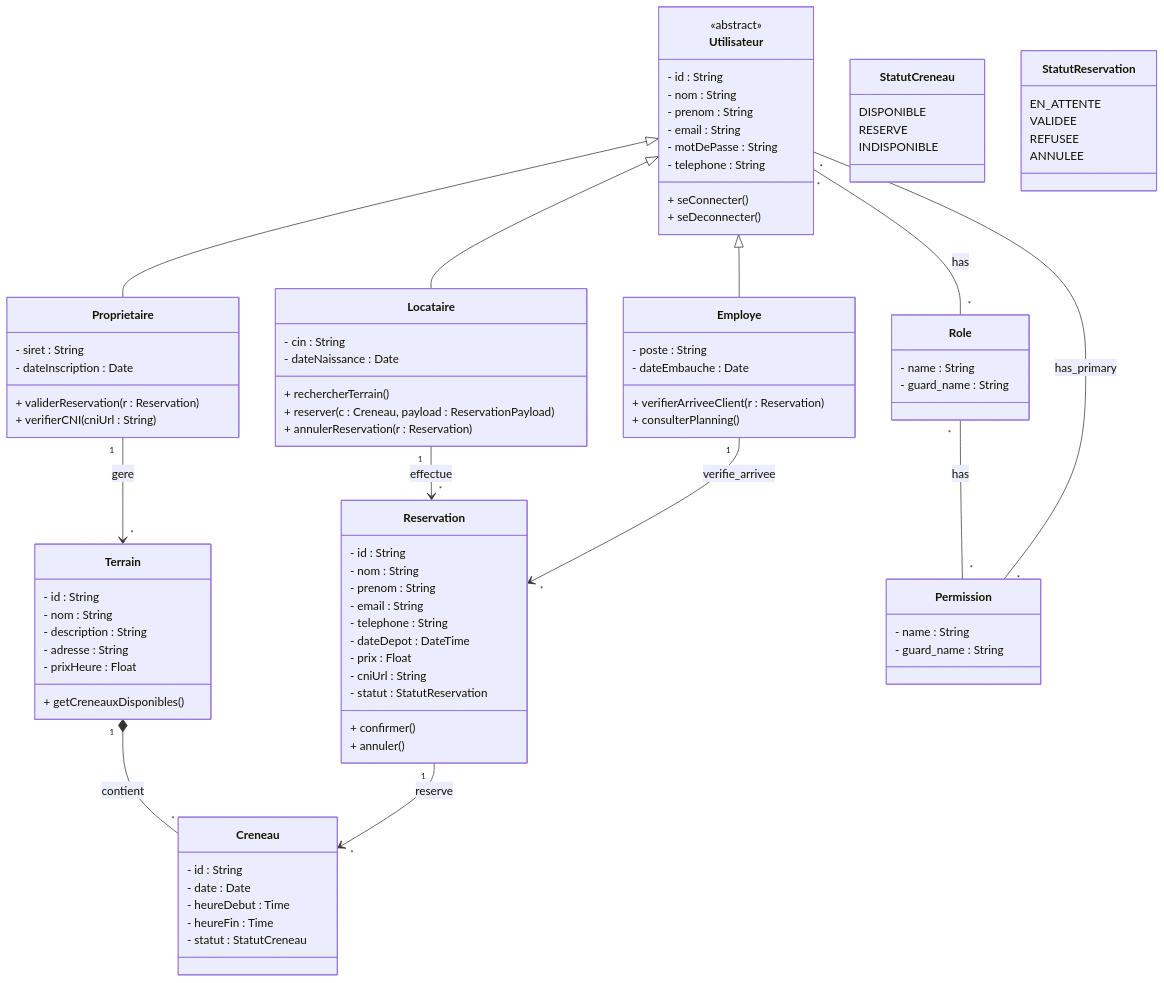
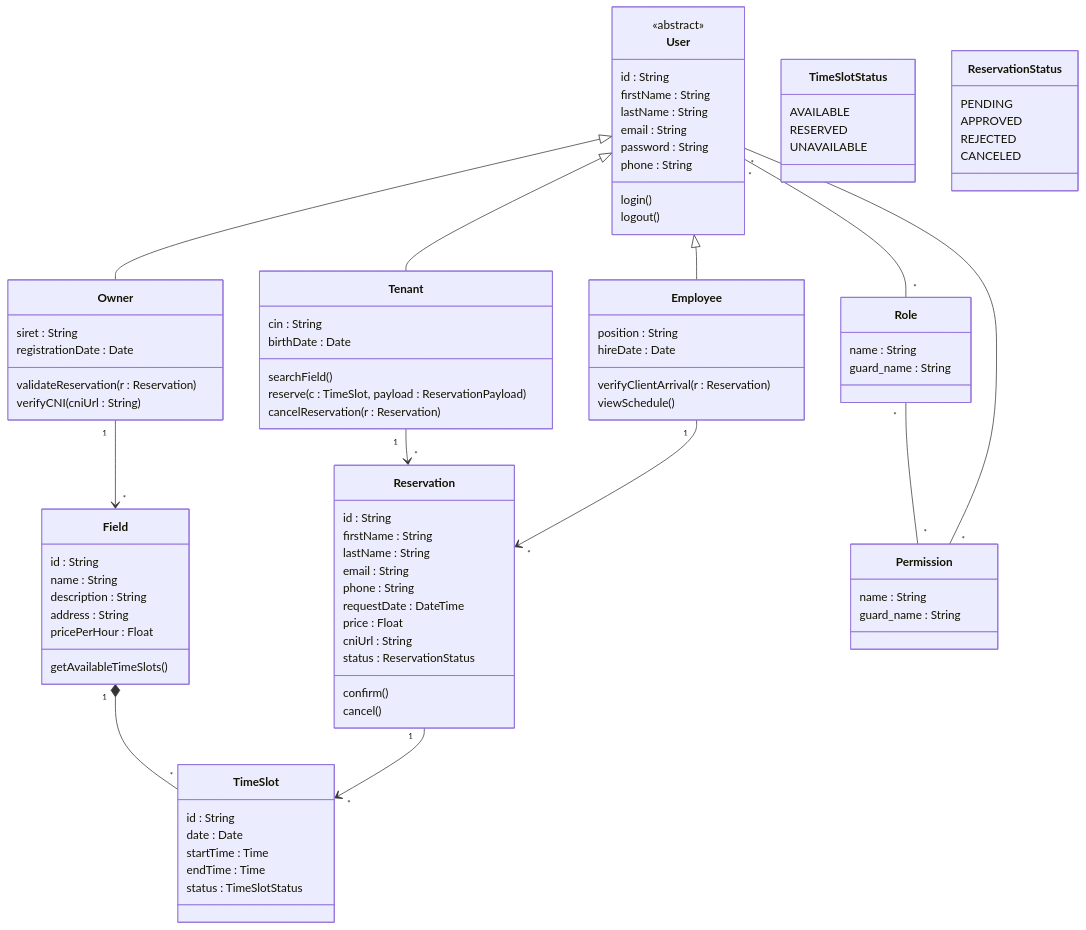
One commit to Adnane-x87/ProMatch changed the diagram in Analyse/diagramme-de-classe/diagramme-classe.mmd. Above: the diagram before and after it, drawn with Mermaid. The commit also changed 1 other file, not shown here.

Commit message:
Refactor class diagram: update class names and relationships for consistency

```diff
--- a/Analyse/diagramme-de-classe/diagramme-classe.mmd
+++ b/Analyse/diagramme-de-classe/diagramme-classe.mmd
@@ -1,109 +1,109 @@
 classDiagram
-%% Classes Utilisateur et ses sous-classes
-class Utilisateur {
+
+class User {
     <<abstract>>
-    - id : String
-    - nom : String
-    - prenom : String
-    - email : String
-    - motDePasse : String
-    - telephone : String
-    + seConnecter()
-    + seDeconnecter()
+    id : String
+    firstName : String
+    lastName : String
+    email : String
+    password : String
+    phone : String
+    login()
+    logout()
 }
 
-class Proprietaire {
-    - siret : String
-    - dateInscription : Date
-    + validerReservation(r : Reservation)
-    + verifierCNI(cniUrl : String)
+class Owner {
+    siret : String
+    registrationDate : Date
+    validateReservation(r : Reservation)
+    verifyCNI(cniUrl : String)
 }
 
-class Locataire {
-    - cin : String
-    - dateNaissance : Date
-    + rechercherTerrain()
-    + reserver(c : Creneau, payload : ReservationPayload)
-    + annulerReservation(r : Reservation)
+class Tenant {
+    cin : String
+    birthDate : Date
+    searchField()
+    reserve(c : TimeSlot, payload : ReservationPayload)
+    cancelReservation(r : Reservation)
 }
 
-class Employe {
-    - poste : String
-    - dateEmbauche : Date
-    + verifierArriveeClient(r : Reservation)
-    + consulterPlanning()
+class Employee {
+    position : String
+    hireDate : Date
+    verifyClientArrival(r : Reservation)
+    viewSchedule()
 }
 
-Utilisateur <|-- Proprietaire
-Utilisateur <|-- Locataire
-Utilisateur <|-- Employe
+User <|-- Owner
+User <|-- Tenant
+User <|-- Employee
 
-%% Classe Terrain et Creneau
-class Terrain {
-    - id : String
-    - nom : String
-    - description : String
-    - adresse : String
-    - prixHeure : Float
-    + getCreneauxDisponibles()
+
+class Field {
+    id : String
+    name : String
+    description : String
+    address : String
+    pricePerHour : Float
+    getAvailableTimeSlots()
 }
 
-class Creneau {
-    - id : String
-    - date : Date
-    - heureDebut : Time
-    - heureFin : Time
-    - statut : StatutCreneau
+class TimeSlot {
+    id : String
+    date : Date
+    startTime : Time
+    endTime : Time
+    status : TimeSlotStatus
 }
 
-class StatutCreneau {
-    DISPONIBLE
-    RESERVE
-    INDISPONIBLE
+class TimeSlotStatus {
+    AVAILABLE
+    RESERVED
+    UNAVAILABLE
 }
 
-Terrain "1" *-- "*" Creneau : contient
+Field "1" *-- "*" TimeSlot
 
-%% Classe Reservation
+
 class Reservation {
-    - id : String
-    - nom : String
-    - prenom : String
-    - email : String
-    - telephone : String
-    - dateDepot : DateTime
-    - prix : Float
-    - cniUrl : String
-    - statut : StatutReservation
-    + confirmer()
-    + annuler()
+    id : String
+    firstName : String
+    lastName : String
+    email : String
+    phone : String
+    requestDate : DateTime
+    price : Float
+    cniUrl : String
+    status : ReservationStatus
+    confirm()
+    cancel()
 }
 
-class StatutReservation {
-    EN_ATTENTE
-    VALIDEE
-    REFUSEE
-    ANNULEE
+class ReservationStatus {
+    PENDING
+    APPROVED
+    REJECTED
+    CANCELED
 }
 
-Locataire "1" --> "*" Reservation : effectue
-Reservation "1" --> "*" Creneau : reserve
-Employe "1" --> "*" Reservation : verifie_arrivee
+Tenant "1" --> "*" Reservation
+Reservation "1" --> "*" TimeSlot
+Employee "1" --> "*" Reservation
 
-%% Classes Role et Permission
+
 class Role {
-    - name : String
-    - guard_name : String
+    name : String
+    guard_name : String
 }
 
 class Permission {
-    - name : String
-    - guard_name : String
+    name : String
+    guard_name : String
 }
 
-Utilisateur "*" -- "*" Role : has
-Role "*" -- "*" Permission : has
-Utilisateur "*" -- "*" Permission : has_primary
+User "*" -- "*" Role
+Role "*" -- "*" Permission
+User "*" -- "*" Permission
 
-%% Proprietaire gère les terrains
-Proprietaire "1" --> "*" Terrain : gere
+
+Owner "1" --> "*" Field
```
